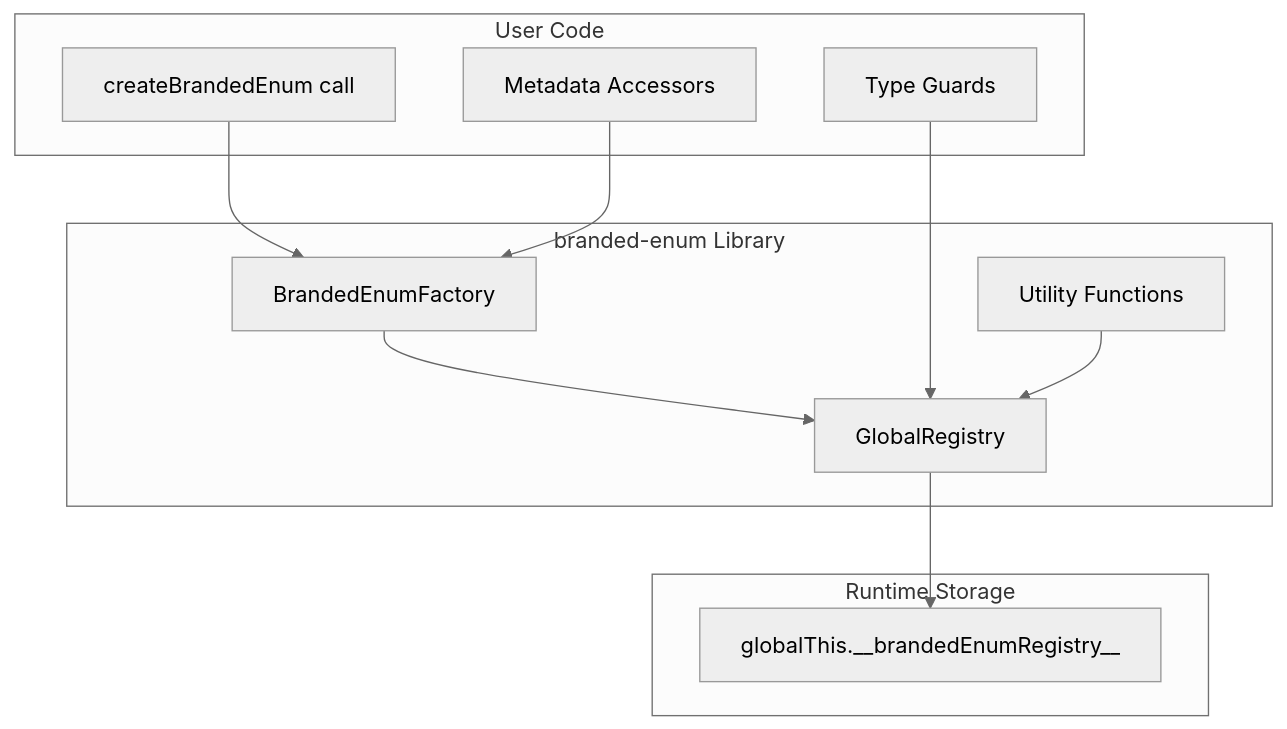
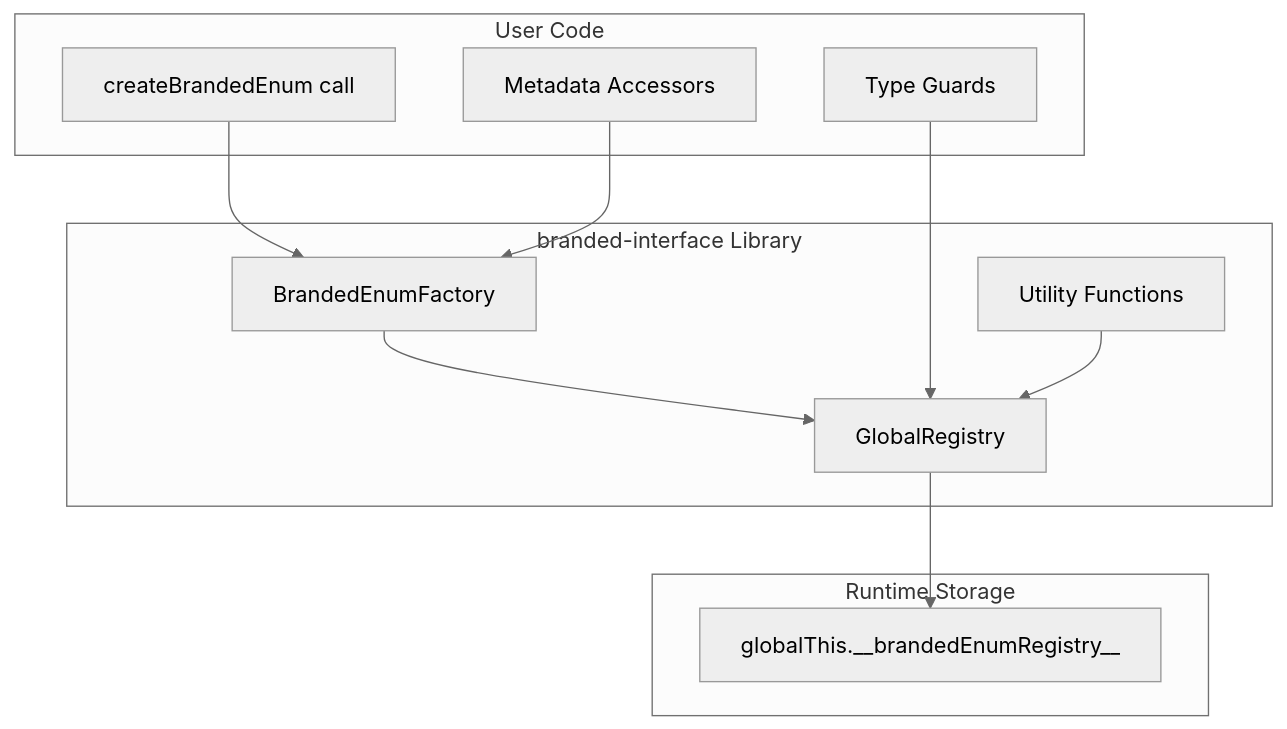
One commit to Digital-Defiance/branded-interface changed the diagram in .kiro/specs/branded-enum/design.md. Above: the diagram before and after it, drawn with Mermaid (neutral theme). The commit also changed other lines of this file and 97 other files, not shown here.

````diff
--- a/.kiro/specs/branded-enum/design.md
+++ b/.kiro/specs/branded-enum/design.md
@@ -11,25 +11,25 @@
 ```mermaid
 graph TB
     subgraph "User Code"
         UC[createBrandedEnum call]
         TG[Type Guards]
         MA[Metadata Accessors]
     end
     
-    subgraph "branded-enum Library"
+    subgraph "branded-interface Library"
         BEF[BrandedEnumFactory]
         REG[GlobalRegistry]
         UTILS[Utility Functions]
     end
     
     subgraph "Runtime Storage"
         GT[globalThis.__brandedEnumRegistry__]
     end
     
     UC --> BEF
     BEF --> REG
     REG --> GT
     TG --> REG
     MA --> BEF
     UTILS --> REG
 ```
````
